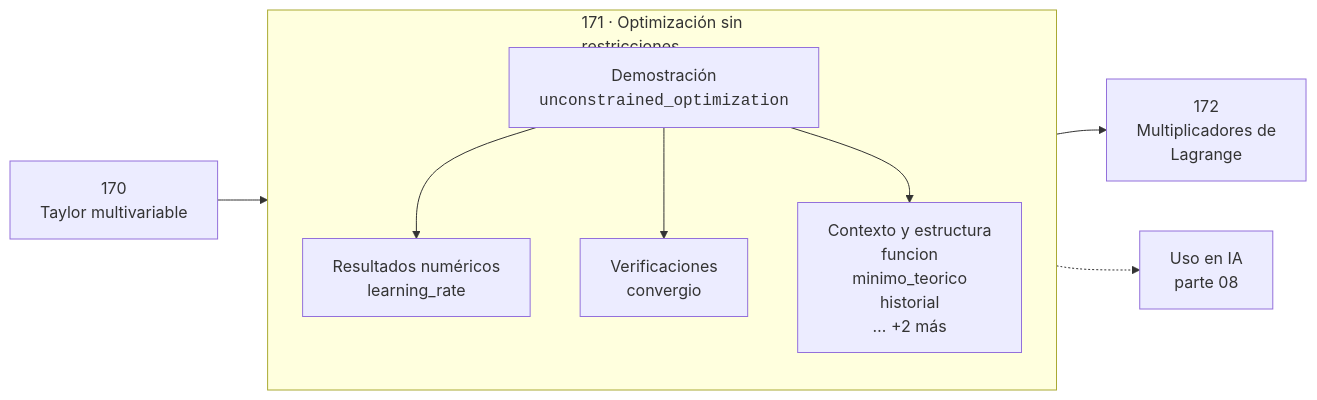
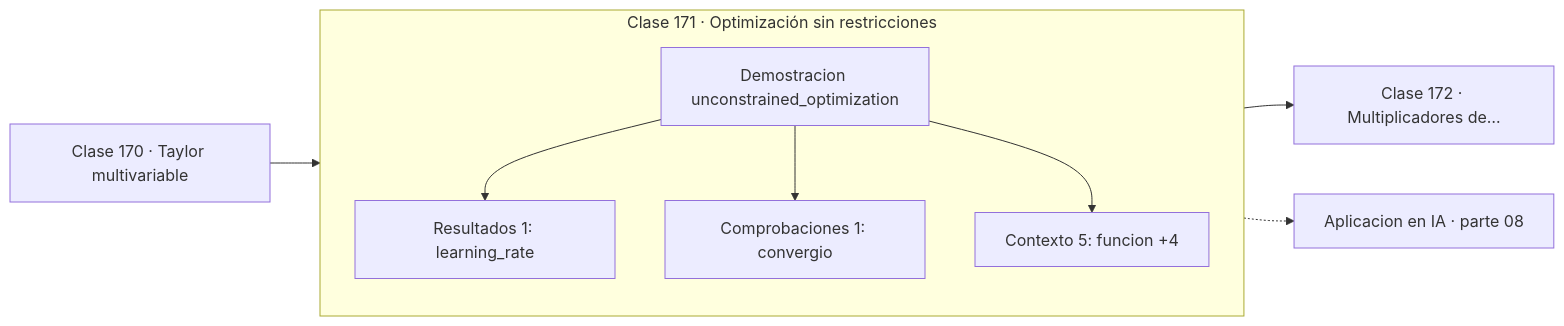
Before and after one commit to vladimiracunadev-create/computational-mathematics-program: the diagram in classes/part-08-calculo-multivariable-matricial-y-autodiferenciacion/171-optimizacion-sin-restricciones/README.md, drawn with Mermaid. The commit also changed 389 other files, not shown here.

First line of the commit message:
fix(diagramas): elimina el HTML de las etiquetas Mermaid

````diff
--- a/classes/part-08-calculo-multivariable-matricial-y-autodiferenciacion/171-optimizacion-sin-restricciones/README.md
+++ b/classes/part-08-calculo-multivariable-matricial-y-autodiferenciacion/171-optimizacion-sin-restricciones/README.md
@@ -30,12 +30,13 @@
 ```mermaid
 flowchart LR
-    P["170<br/>Taylor multivariable"] --> C
-    subgraph C["171 · Optimización sin<br/>restricciones"]
+    P["Clase 170 · Taylor multivariable"] --> D
+    subgraph CLASE["Clase 171 · Optimización sin restricciones"]
         direction TB
-        D["Demostración<br/><code>unconstrained_optimization</code>"] --> R["Resultados numéricos<br/>learning_rate"]
-        D --> V["Verificaciones<br/>convergio"]
-        D --> O["Contexto y estructura<br/>funcion<br/>minimo_teorico<br/>historial<br/>… +2 más"]
+        D["Demostracion unconstrained_optimization"]
+        D --> R["Resultados 1: learning_rate"]
+        D --> V["Comprobaciones 1: convergio"]
+        D --> O["Contexto 5: funcion +4"]
     end
-    C --> N["172<br/>Multiplicadores de<br/>Lagrange"]
-    C -.-> IA["Uso en IA<br/>parte 08"]
+    R --> N["Clase 172 · Multiplicadores de…"]
+    V -.-> IA["Aplicacion en IA · parte 08"]
 ```
````
